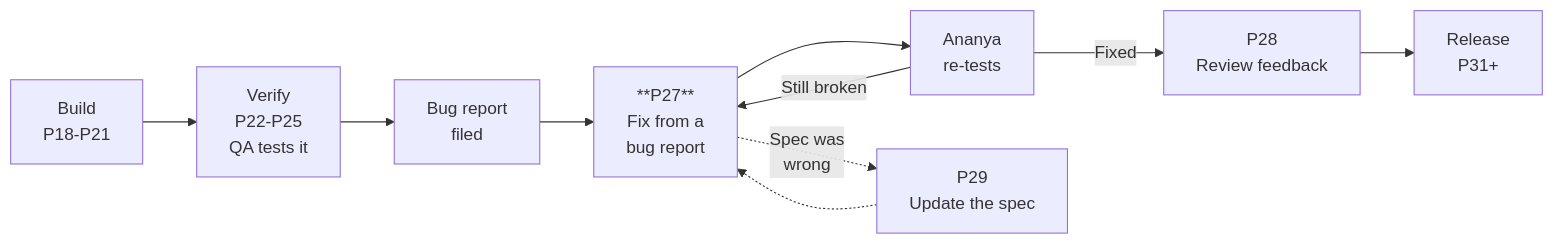
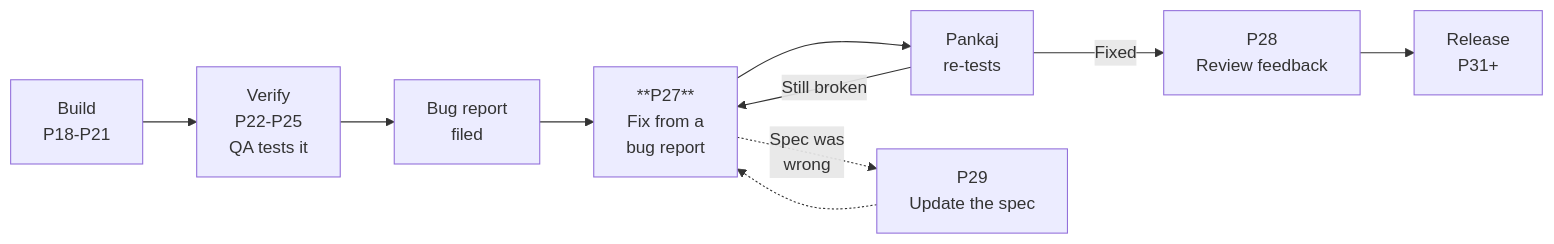
The first of 2 diagrams in AI-Agile-Development/AI-Prompts-Library/phase-6-rework/P27-fix-from-a-qa-bug-report.md (hemsingh81/learning-system-designs), drawn with Mermaid before and after one commit. The commit also changed other lines of this file and 99 other files, not shown here.

````diff
--- a/AI-Agile-Development/AI-Prompts-Library/phase-6-rework/P27-fix-from-a-qa-bug-report.md
+++ b/AI-Agile-Development/AI-Prompts-Library/phase-6-rework/P27-fix-from-a-qa-bug-report.md
@@ -47,12 +47,12 @@
 ```mermaid
 flowchart LR
     B["Build<br/>P18-P21"] --> V["Verify<br/>P22-P25<br/>QA tests it"]
     V --> BR["Bug report<br/>filed"]
     BR --> P27["**P27**<br/>Fix from a<br/>bug report"]
-    P27 --> RT["Ananya<br/>re-tests"]
+    P27 --> RT["Pankaj<br/>re-tests"]
     RT -->|"Still broken"| P27
     RT -->|Fixed| P28["P28<br/>Review feedback"]
     P27 -.->|"Spec was<br/>wrong"| P29["P29<br/>Update the spec"]
     P29 -.-> P27
     P28 --> REL["Release<br/>P31+"]
 ```
````
